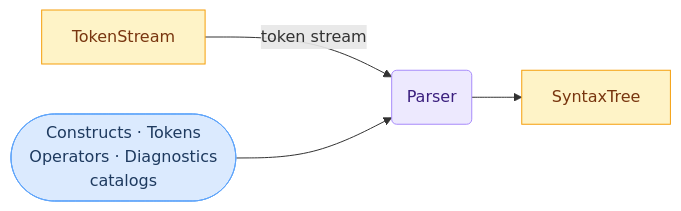
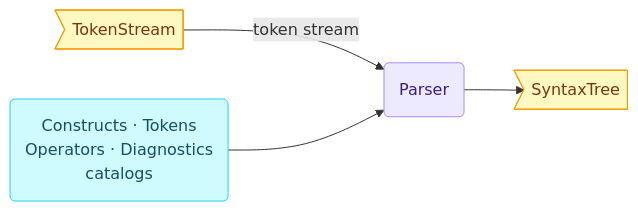
One commit to sfalik/Precept changed the third of 9 diagrams in docs/compiler-and-runtime-design.md. Above: the diagram before and after it, drawn with Mermaid. The commit also changed other lines of this file and 1 other file, not shown here.

First line of the commit message:
docs: refine pipeline diagram and narrative in compiler-and-runtime-design.md

````diff
--- a/docs/compiler-and-runtime-design.md
+++ b/docs/compiler-and-runtime-design.md
@@ -185,15 +296,16 @@
 ```mermaid
 flowchart LR
-    classDef input fill:#dbeafe,stroke:#60a5fa,color:#1e3a5f
-    classDef stage fill:#ede9fe,stroke:#a78bfa,color:#3b1f7e
-    classDef artifact fill:#fef3c7,stroke:#f59e0b,color:#78350f
+    classDef input   fill:#dbeafe,stroke:#60a5fa,color:#1e3a5f
+    classDef catalog fill:#cffafe,stroke:#22d3ee,color:#164e63
+    classDef stage   fill:#ede9fe,stroke:#a78bfa,color:#3b1f7e
+    classDef out     fill:#fef9c3,stroke:#f59e0b,color:#78350f
 
-    TS[TokenStream]:::artifact
-    CAT(["Constructs · Tokens<br/>Operators · Diagnostics<br/>catalogs"]):::input
+    TS>"TokenStream"]:::out
+    CAT("Constructs · Tokens<br/>Operators · Diagnostics<br/>catalogs"):::catalog
     PAR(Parser):::stage
-    OUT[SyntaxTree]:::artifact
+    OUT>"SyntaxTree"]:::out
 
     TS -->|"token stream"| PAR
     CAT --> PAR
     PAR --> OUT
 ```
````
